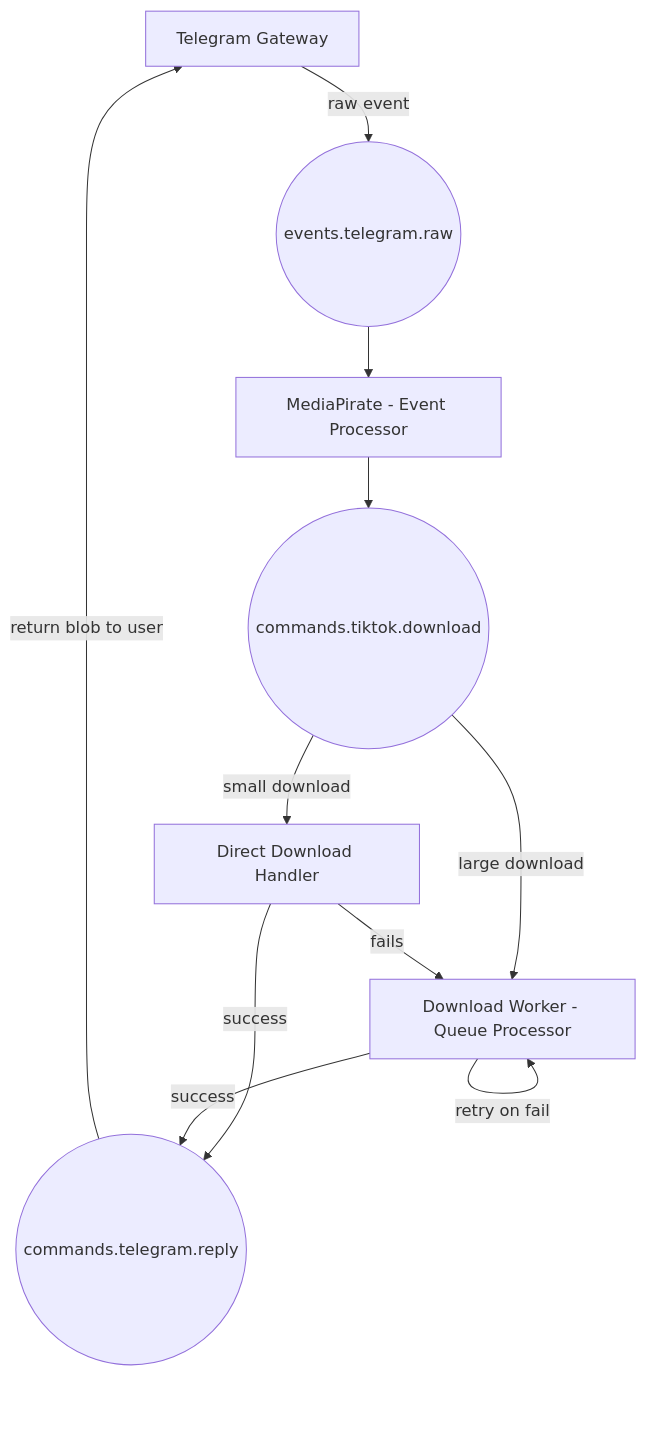
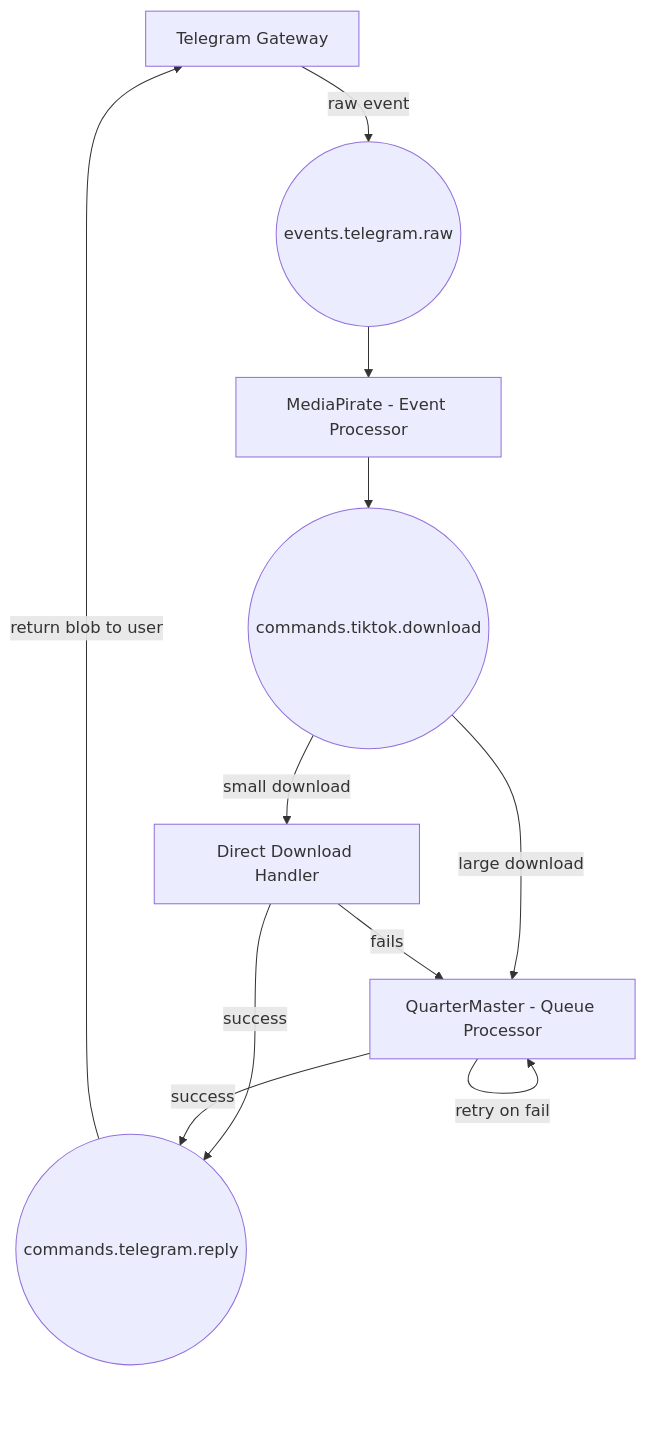
The second of 2 diagrams in README.md (zxeenu/heavy-telegram-bot), drawn with Mermaid before and after one commit. The commit also changed other lines of this file, not shown here.

Commit message:
chore(readme): add quarter master plans

````diff
--- a/README.md
+++ b/README.md
@@ -93,25 +118,25 @@
 ```mermaid
 flowchart TD
     T1[Telegram Gateway]
     M1["MediaPirate - Event Processor"]
 
     T1 -->|raw event| E1((events.telegram.raw))
     E1 --> M1
 
     M1 --> E2((commands.tiktok.download))
 
     %% Internal branching inside MediaPirate command handler
     E2 -->|small download| DD["Direct Download Handler"]
-    E2 -->|large download| DW["Download Worker - Queue Processor"]
+    E2 -->|large download| DW["QuarterMaster - Queue Processor"]
 
     %% Retry loop for Download Worker
     DW -->|retry on fail| DW
 
     %% If direct download fails, push to queue processor
     DD -- fails --> DW
 
     DD -->|success| E3((commands.telegram.reply))
     DW -->|success| E3
 
     E3 -->|return blob to user| T1
 ```
````
